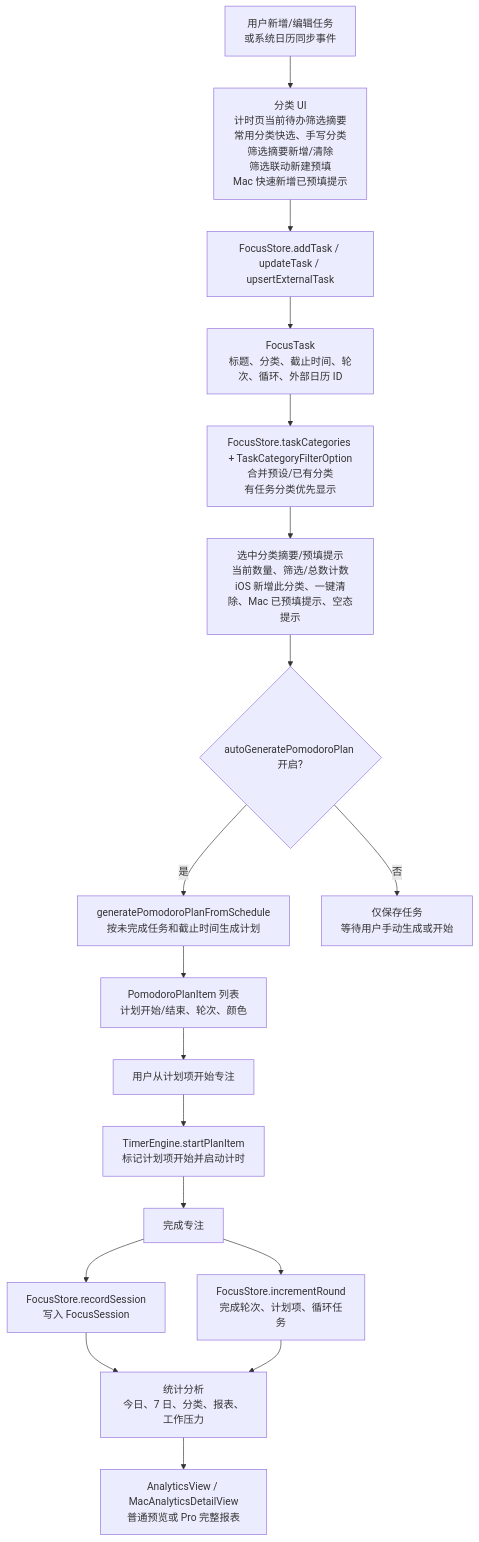
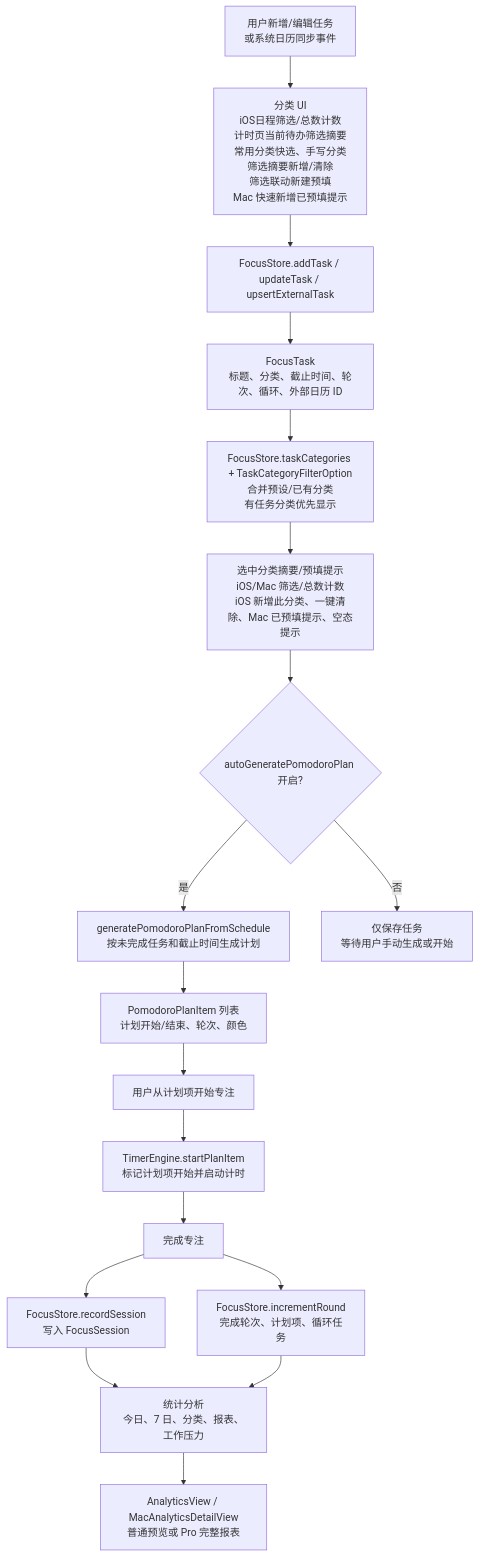
One commit to Altman-sam114/114 changed the third of 6 diagrams in md/flow/flowchart.md. Above: the diagram before and after it, drawn with Mermaid. The commit also changed other lines of this file and 7 other files, not shown here.

````diff
--- a/md/flow/flowchart.md
+++ b/md/flow/flowchart.md
@@ -63,20 +63,20 @@
 ```mermaid
 flowchart TD
-  A["用户新增/编辑任务<br/>或系统日历同步事件"] --> P0["分类 UI<br/>计时页当前待办筛选摘要<br/>常用分类快选、手写分类<br/>筛选摘要新增/清除<br/>筛选联动新建预填<br/>Mac 快速新增已预填提示"]
+  A["用户新增/编辑任务<br/>或系统日历同步事件"] --> P0["分类 UI<br/>iOS日程筛选/总数计数<br/>计时页当前待办筛选摘要<br/>常用分类快选、手写分类<br/>筛选摘要新增/清除<br/>筛选联动新建预填<br/>Mac 快速新增已预填提示"]
   P0 --> B["FocusStore.addTask / updateTask / upsertExternalTask"]
   B --> C["FocusTask<br/>标题、分类、截止时间、轮次、循环、外部日历 ID"]
   C --> C2["FocusStore.taskCategories + TaskCategoryFilterOption<br/>合并预设/已有分类<br/>有任务分类优先显示"]
-  C2 --> C3["选中分类摘要/预填提示<br/>当前数量、筛选/总数计数<br/>iOS 新增此分类、一键清除、Mac 已预填提示、空态提示"]
+  C2 --> C3["选中分类摘要/预填提示<br/>iOS/Mac 筛选/总数计数<br/>iOS 新增此分类、一键清除、Mac 已预填提示、空态提示"]
   C3 --> D{"autoGeneratePomodoroPlan 开启?"}
   D -->|是| E["generatePomodoroPlanFromSchedule<br/>按未完成任务和截止时间生成计划"]
   D -->|否| F["仅保存任务<br/>等待用户手动生成或开始"]
   E --> G["PomodoroPlanItem 列表<br/>计划开始/结束、轮次、颜色"]
   G --> H["用户从计划项开始专注"]
   H --> I["TimerEngine.startPlanItem<br/>标记计划项开始并启动计时"]
   I --> J["完成专注"]
   J --> K["FocusStore.incrementRound<br/>完成轮次、计划项、循环任务"]
   J --> L["FocusStore.recordSession<br/>写入 FocusSession"]
   L --> M["统计分析<br/>今日、7 日、分类、报表、工作压力"]
   K --> M
   M --> N["AnalyticsView / MacAnalyticsDetailView<br/>普通预览或 Pro 完整报表"]
 ```
````
